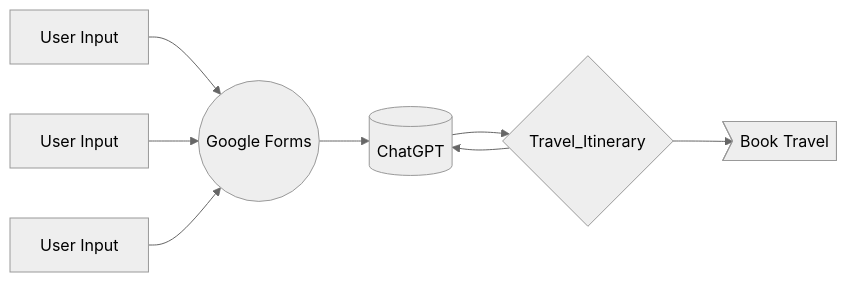
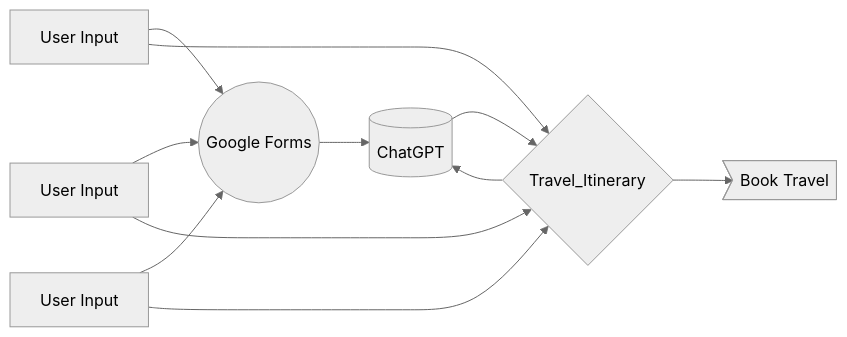
The diagram in README.md (pjbrumm94/TravelApp), drawn with Mermaid (neutral theme) before and after one commit.

````diff
--- a/README.md
+++ b/README.md
@@ -7,10 +7,13 @@
 ```mermaid
 flowchart LR;
   userA[User Input]-->In
   userB[User Input]-->In
   userC[User Input]-->In
   In((Google Forms))-->LLM[(ChatGPT)];
   LLM-->Iti{Travel_Itinerary};
+  userA-->Iti;
+  userB-->Iti;
+  userC-->Iti;
   Iti-->LLM;
   Iti-->Trav>Book Travel]
 ```
````
